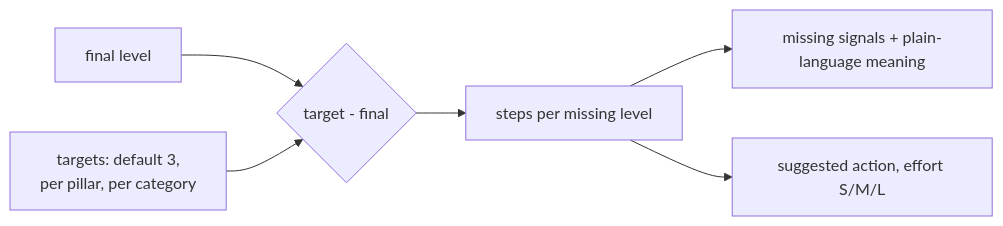
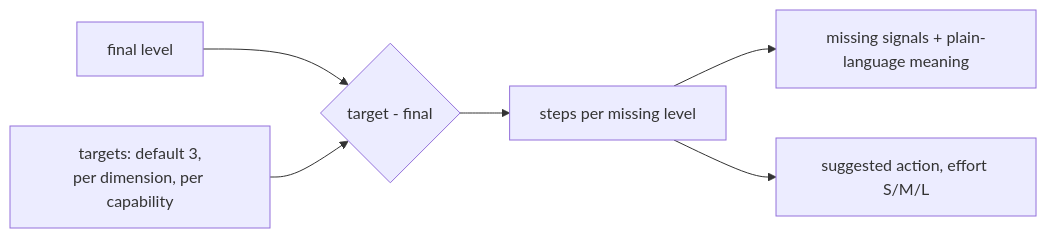
Before and after one commit to jagadishmazure-jpg/Jagadish-ai-maturity-assessment: the diagram in docs/components/gap-analysis.md, drawn with Mermaid. The commit also changed other lines of this file and 12 other files, not shown here.

````diff
--- a/docs/components/gap-analysis.md
+++ b/docs/components/gap-analysis.md
@@ -14,8 +14,8 @@
 ```mermaid
 flowchart LR
   F[final level] --> G{target - final}
-  T[targets: default 3,<br/>per pillar, per category] --> G
+  T[targets: default 3,<br/>per dimension, per capability] --> G
   G --> S[steps per missing level]
   S --> M[missing signals + plain-language meaning]
   S --> A[suggested action, effort S/M/L]
 ```
````
